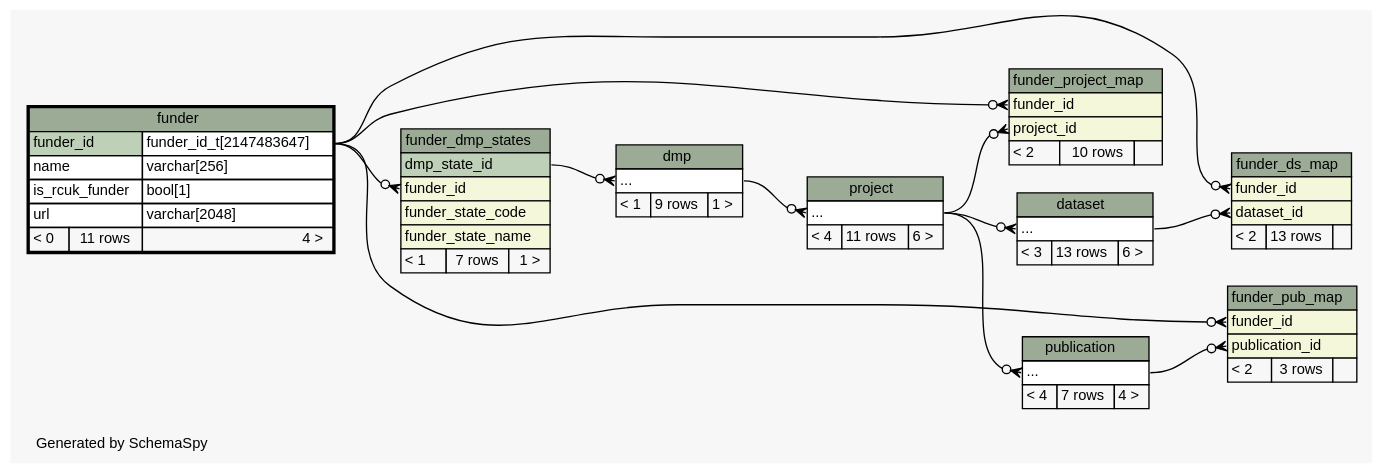
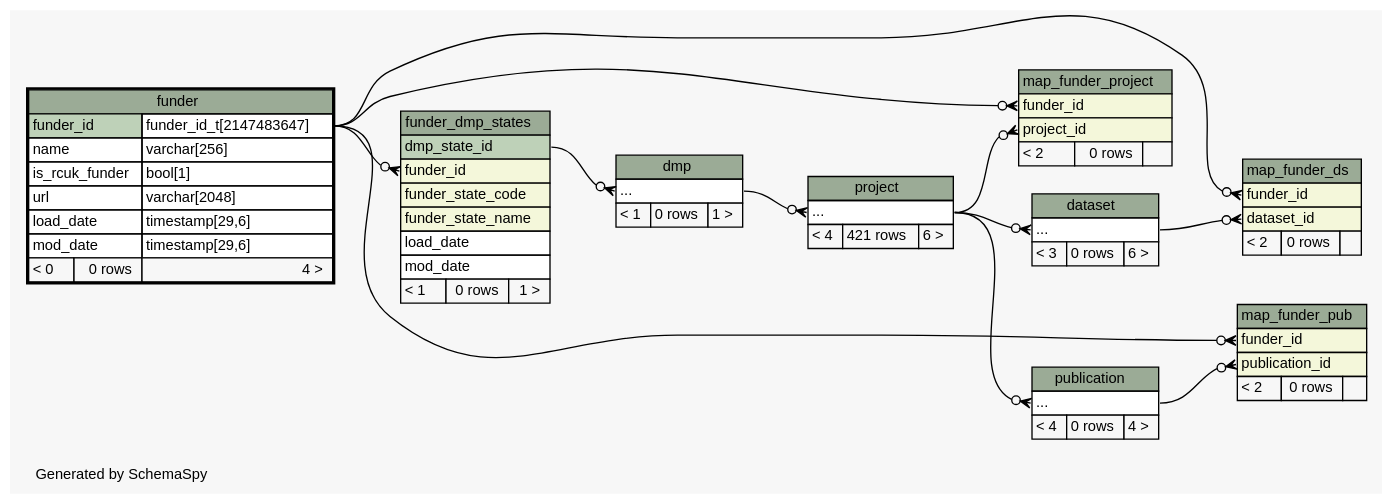
The diagram in ss.out/diagrams/funder.2degrees.dot (lulibrary/dmao_infrastructure), drawn with Graphviz before and after one commit. The commit also changed 81 other files, not shown here.

```diff
--- a/ss.out/diagrams/funder.2degrees.dot
+++ b/ss.out/diagrams/funder.2degrees.dot
@@ -1,132 +1,136 @@
 // dot 2.38.0 on Linux 3.16.0-4-amd64
 // SchemaSpy rev 590
 digraph "twoDegreesRelationshipsDiagram" {
   graph [
     rankdir="RL"
     bgcolor="#f7f7f7"
     label="\nGenerated by SchemaSpy"
     labeljust="l"
     nodesep="0.18"
     ranksep="0.46"
     fontname="Helvetica"
     fontsize="11"
   ];
   node [
     fontname="Helvetica"
     fontsize="11"
     shape="plaintext"
   ];
   edge [
     arrowsize="0.8"
   ];
   "dataset":"elipses":w -> "project":"elipses":e [arrowhead=none dir=back arrowtail=crowodot];
   "dmp":"elipses":w -> "funder_dmp_states":"dmp_state_id":e [arrowhead=none dir=back arrowtail=crowodot];
   "funder_dmp_states":"funder_id":w -> "funder":"funder_id.type":e [arrowhead=none dir=back arrowtail=crowodot];
-  "funder_ds_map":"dataset_id":w -> "dataset":"elipses":e [arrowhead=none dir=back arrowtail=crowodot];
-  "funder_ds_map":"funder_id":w -> "funder":"funder_id.type":e [arrowhead=none dir=back arrowtail=crowodot];
-  "funder_project_map":"funder_id":w -> "funder":"funder_id.type":e [arrowhead=none dir=back arrowtail=crowodot];
-  "funder_project_map":"project_id":w -> "project":"elipses":e [arrowhead=none dir=back arrowtail=crowodot];
-  "funder_pub_map":"funder_id":w -> "funder":"funder_id.type":e [arrowhead=none dir=back arrowtail=crowodot];
-  "funder_pub_map":"publication_id":w -> "publication":"elipses":e [arrowhead=none dir=back arrowtail=crowodot];
+  "map_funder_ds":"dataset_id":w -> "dataset":"elipses":e [arrowhead=none dir=back arrowtail=crowodot];
+  "map_funder_ds":"funder_id":w -> "funder":"funder_id.type":e [arrowhead=none dir=back arrowtail=crowodot];
+  "map_funder_project":"funder_id":w -> "funder":"funder_id.type":e [arrowhead=none dir=back arrowtail=crowodot];
+  "map_funder_project":"project_id":w -> "project":"elipses":e [arrowhead=none dir=back arrowtail=crowodot];
+  "map_funder_pub":"funder_id":w -> "funder":"funder_id.type":e [arrowhead=none dir=back arrowtail=crowodot];
+  "map_funder_pub":"publication_id":w -> "publication":"elipses":e [arrowhead=none dir=back arrowtail=crowodot];
   "project":"elipses":w -> "dmp":"elipses":e [arrowhead=none dir=back arrowtail=crowodot];
   "publication":"elipses":w -> "project":"elipses":e [arrowhead=none dir=back arrowtail=crowodot];
   "dataset" [
     label=<
     <TABLE BORDER="0" CELLBORDER="1" CELLSPACING="0" BGCOLOR="#ffffff">
       <TR><TD COLSPAN="3" BGCOLOR="#9bab96" ALIGN="CENTER">dataset</TD></TR>
       <TR><TD PORT="elipses" COLSPAN="3" ALIGN="LEFT">...</TD></TR>
-      <TR><TD ALIGN="LEFT" BGCOLOR="#f7f7f7">&lt; 3</TD><TD ALIGN="RIGHT" BGCOLOR="#f7f7f7">13 rows</TD><TD ALIGN="RIGHT" BGCOLOR="#f7f7f7">6 &gt;</TD></TR>
+      <TR><TD ALIGN="LEFT" BGCOLOR="#f7f7f7">&lt; 3</TD><TD ALIGN="RIGHT" BGCOLOR="#f7f7f7">0 rows</TD><TD ALIGN="RIGHT" BGCOLOR="#f7f7f7">6 &gt;</TD></TR>
     </TABLE>>
     URL="dataset.html"
     tooltip="dataset"
   ];
   "dmp" [
     label=<
     <TABLE BORDER="0" CELLBORDER="1" CELLSPACING="0" BGCOLOR="#ffffff">
       <TR><TD COLSPAN="3" BGCOLOR="#9bab96" ALIGN="CENTER">dmp</TD></TR>
       <TR><TD PORT="elipses" COLSPAN="3" ALIGN="LEFT">...</TD></TR>
-      <TR><TD ALIGN="LEFT" BGCOLOR="#f7f7f7">&lt; 1</TD><TD ALIGN="RIGHT" BGCOLOR="#f7f7f7">9 rows</TD><TD ALIGN="RIGHT" BGCOLOR="#f7f7f7">1 &gt;</TD></TR>
+      <TR><TD ALIGN="LEFT" BGCOLOR="#f7f7f7">&lt; 1</TD><TD ALIGN="RIGHT" BGCOLOR="#f7f7f7">0 rows</TD><TD ALIGN="RIGHT" BGCOLOR="#f7f7f7">1 &gt;</TD></TR>
     </TABLE>>
     URL="dmp.html"
     tooltip="dmp"
   ];
   "funder" [
     label=<
     <TABLE BORDER="2" CELLBORDER="1" CELLSPACING="0" BGCOLOR="#ffffff">
       <TR><TD COLSPAN="3" BGCOLOR="#9bab96" ALIGN="CENTER">funder</TD></TR>
       <TR><TD PORT="funder_id" COLSPAN="2" BGCOLOR="#bed1b8" ALIGN="LEFT">funder_id</TD><TD PORT="funder_id.type" ALIGN="LEFT">funder_id_t[2147483647]</TD></TR>
       <TR><TD PORT="name" COLSPAN="2" ALIGN="LEFT">name</TD><TD PORT="name.type" ALIGN="LEFT">varchar[256]</TD></TR>
       <TR><TD PORT="is_rcuk_funder" COLSPAN="2" ALIGN="LEFT">is_rcuk_funder</TD><TD PORT="is_rcuk_funder.type" ALIGN="LEFT">bool[1]</TD></TR>
       <TR><TD PORT="url" COLSPAN="2" ALIGN="LEFT">url</TD><TD PORT="url.type" ALIGN="LEFT">varchar[2048]</TD></TR>
-      <TR><TD ALIGN="LEFT" BGCOLOR="#f7f7f7">&lt; 0</TD><TD ALIGN="RIGHT" BGCOLOR="#f7f7f7">11 rows</TD><TD ALIGN="RIGHT" BGCOLOR="#f7f7f7">4 &gt;</TD></TR>
+      <TR><TD PORT="load_date" COLSPAN="2" ALIGN="LEFT">load_date</TD><TD PORT="load_date.type" ALIGN="LEFT">timestamp[29,6]</TD></TR>
+      <TR><TD PORT="mod_date" COLSPAN="2" ALIGN="LEFT">mod_date</TD><TD PORT="mod_date.type" ALIGN="LEFT">timestamp[29,6]</TD></TR>
+      <TR><TD ALIGN="LEFT" BGCOLOR="#f7f7f7">&lt; 0</TD><TD ALIGN="RIGHT" BGCOLOR="#f7f7f7">0 rows</TD><TD ALIGN="RIGHT" BGCOLOR="#f7f7f7">4 &gt;</TD></TR>
     </TABLE>>
     URL="funder.html"
     tooltip="funder"
   ];
   "funder_dmp_states" [
     label=<
     <TABLE BORDER="0" CELLBORDER="1" CELLSPACING="0" BGCOLOR="#ffffff">
       <TR><TD COLSPAN="3" BGCOLOR="#9bab96" ALIGN="CENTER">funder_dmp_states</TD></TR>
       <TR><TD PORT="dmp_state_id" COLSPAN="3" BGCOLOR="#bed1b8" ALIGN="LEFT">dmp_state_id</TD></TR>
       <TR><TD PORT="funder_id" COLSPAN="3" BGCOLOR="#f4f7da" ALIGN="LEFT">funder_id</TD></TR>
       <TR><TD PORT="funder_state_code" COLSPAN="3" BGCOLOR="#f4f7da" ALIGN="LEFT">funder_state_code</TD></TR>
       <TR><TD PORT="funder_state_name" COLSPAN="3" BGCOLOR="#f4f7da" ALIGN="LEFT">funder_state_name</TD></TR>
-      <TR><TD ALIGN="LEFT" BGCOLOR="#f7f7f7">&lt; 1</TD><TD ALIGN="RIGHT" BGCOLOR="#f7f7f7">7 rows</TD><TD ALIGN="RIGHT" BGCOLOR="#f7f7f7">1 &gt;</TD></TR>
+      <TR><TD PORT="load_date" COLSPAN="3" ALIGN="LEFT">load_date</TD></TR>
+      <TR><TD PORT="mod_date" COLSPAN="3" ALIGN="LEFT">mod_date</TD></TR>
+      <TR><TD ALIGN="LEFT" BGCOLOR="#f7f7f7">&lt; 1</TD><TD ALIGN="RIGHT" BGCOLOR="#f7f7f7">0 rows</TD><TD ALIGN="RIGHT" BGCOLOR="#f7f7f7">1 &gt;</TD></TR>
     </TABLE>>
     URL="funder_dmp_states.html"
     tooltip="funder_dmp_states"
   ];
-  "funder_ds_map" [
+  "map_funder_ds" [
     label=<
     <TABLE BORDER="0" CELLBORDER="1" CELLSPACING="0" BGCOLOR="#ffffff">
-      <TR><TD COLSPAN="3" BGCOLOR="#9bab96" ALIGN="CENTER">funder_ds_map</TD></TR>
+      <TR><TD COLSPAN="3" BGCOLOR="#9bab96" ALIGN="CENTER">map_funder_ds</TD></TR>
       <TR><TD PORT="funder_id" COLSPAN="3" BGCOLOR="#f4f7da" ALIGN="LEFT">funder_id</TD></TR>
       <TR><TD PORT="dataset_id" COLSPAN="3" BGCOLOR="#f4f7da" ALIGN="LEFT">dataset_id</TD></TR>
-      <TR><TD ALIGN="LEFT" BGCOLOR="#f7f7f7">&lt; 2</TD><TD ALIGN="RIGHT" BGCOLOR="#f7f7f7">13 rows</TD><TD ALIGN="RIGHT" BGCOLOR="#f7f7f7">  </TD></TR>
+      <TR><TD ALIGN="LEFT" BGCOLOR="#f7f7f7">&lt; 2</TD><TD ALIGN="RIGHT" BGCOLOR="#f7f7f7">0 rows</TD><TD ALIGN="RIGHT" BGCOLOR="#f7f7f7">  </TD></TR>
     </TABLE>>
-    URL="funder_ds_map.html"
-    tooltip="funder_ds_map"
+    URL="map_funder_ds.html"
+    tooltip="map_funder_ds"
   ];
-  "funder_project_map" [
+  "map_funder_project" [
     label=<
     <TABLE BORDER="0" CELLBORDER="1" CELLSPACING="0" BGCOLOR="#ffffff">
-      <TR><TD COLSPAN="3" BGCOLOR="#9bab96" ALIGN="CENTER">funder_project_map</TD></TR>
+      <TR><TD COLSPAN="3" BGCOLOR="#9bab96" ALIGN="CENTER">map_funder_project</TD></TR>
       <TR><TD PORT="funder_id" COLSPAN="3" BGCOLOR="#f4f7da" ALIGN="LEFT">funder_id</TD></TR>
       <TR><TD PORT="project_id" COLSPAN="3" BGCOLOR="#f4f7da" ALIGN="LEFT">project_id</TD></TR>
-      <TR><TD ALIGN="LEFT" BGCOLOR="#f7f7f7">&lt; 2</TD><TD ALIGN="RIGHT" BGCOLOR="#f7f7f7">10 rows</TD><TD ALIGN="RIGHT" BGCOLOR="#f7f7f7">  </TD></TR>
+      <TR><TD ALIGN="LEFT" BGCOLOR="#f7f7f7">&lt; 2</TD><TD ALIGN="RIGHT" BGCOLOR="#f7f7f7">0 rows</TD><TD ALIGN="RIGHT" BGCOLOR="#f7f7f7">  </TD></TR>
     </TABLE>>
-    URL="funder_project_map.html"
-    tooltip="funder_project_map"
+    URL="map_funder_project.html"
+    tooltip="map_funder_project"
   ];
-  "funder_pub_map" [
+  "map_funder_pub" [
     label=<
     <TABLE BORDER="0" CELLBORDER="1" CELLSPACING="0" BGCOLOR="#ffffff">
-      <TR><TD COLSPAN="3" BGCOLOR="#9bab96" ALIGN="CENTER">funder_pub_map</TD></TR>
+      <TR><TD COLSPAN="3" BGCOLOR="#9bab96" ALIGN="CENTER">map_funder_pub</TD></TR>
       <TR><TD PORT="funder_id" COLSPAN="3" BGCOLOR="#f4f7da" ALIGN="LEFT">funder_id</TD></TR>
       <TR><TD PORT="publication_id" COLSPAN="3" BGCOLOR="#f4f7da" ALIGN="LEFT">publication_id</TD></TR>
-      <TR><TD ALIGN="LEFT" BGCOLOR="#f7f7f7">&lt; 2</TD><TD ALIGN="RIGHT" BGCOLOR="#f7f7f7">3 rows</TD><TD ALIGN="RIGHT" BGCOLOR="#f7f7f7">  </TD></TR>
+      <TR><TD ALIGN="LEFT" BGCOLOR="#f7f7f7">&lt; 2</TD><TD ALIGN="RIGHT" BGCOLOR="#f7f7f7">0 rows</TD><TD ALIGN="RIGHT" BGCOLOR="#f7f7f7">  </TD></TR>
     </TABLE>>
-    URL="funder_pub_map.html"
-    tooltip="funder_pub_map"
+    URL="map_funder_pub.html"
+    tooltip="map_funder_pub"
   ];
   "project" [
     label=<
     <TABLE BORDER="0" CELLBORDER="1" CELLSPACING="0" BGCOLOR="#ffffff">
       <TR><TD COLSPAN="3" BGCOLOR="#9bab96" ALIGN="CENTER">project</TD></TR>
       <TR><TD PORT="elipses" COLSPAN="3" ALIGN="LEFT">...</TD></TR>
-      <TR><TD ALIGN="LEFT" BGCOLOR="#f7f7f7">&lt; 4</TD><TD ALIGN="RIGHT" BGCOLOR="#f7f7f7">11 rows</TD><TD ALIGN="RIGHT" BGCOLOR="#f7f7f7">6 &gt;</TD></TR>
+      <TR><TD ALIGN="LEFT" BGCOLOR="#f7f7f7">&lt; 4</TD><TD ALIGN="RIGHT" BGCOLOR="#f7f7f7">421 rows</TD><TD ALIGN="RIGHT" BGCOLOR="#f7f7f7">6 &gt;</TD></TR>
     </TABLE>>
     URL="project.html"
     tooltip="project"
   ];
   "publication" [
     label=<
     <TABLE BORDER="0" CELLBORDER="1" CELLSPACING="0" BGCOLOR="#ffffff">
       <TR><TD COLSPAN="3" BGCOLOR="#9bab96" ALIGN="CENTER">publication</TD></TR>
       <TR><TD PORT="elipses" COLSPAN="3" ALIGN="LEFT">...</TD></TR>
-      <TR><TD ALIGN="LEFT" BGCOLOR="#f7f7f7">&lt; 4</TD><TD ALIGN="RIGHT" BGCOLOR="#f7f7f7">7 rows</TD><TD ALIGN="RIGHT" BGCOLOR="#f7f7f7">4 &gt;</TD></TR>
+      <TR><TD ALIGN="LEFT" BGCOLOR="#f7f7f7">&lt; 4</TD><TD ALIGN="RIGHT" BGCOLOR="#f7f7f7">0 rows</TD><TD ALIGN="RIGHT" BGCOLOR="#f7f7f7">4 &gt;</TD></TR>
     </TABLE>>
     URL="publication.html"
     tooltip="publication"
   ];
 }
```
